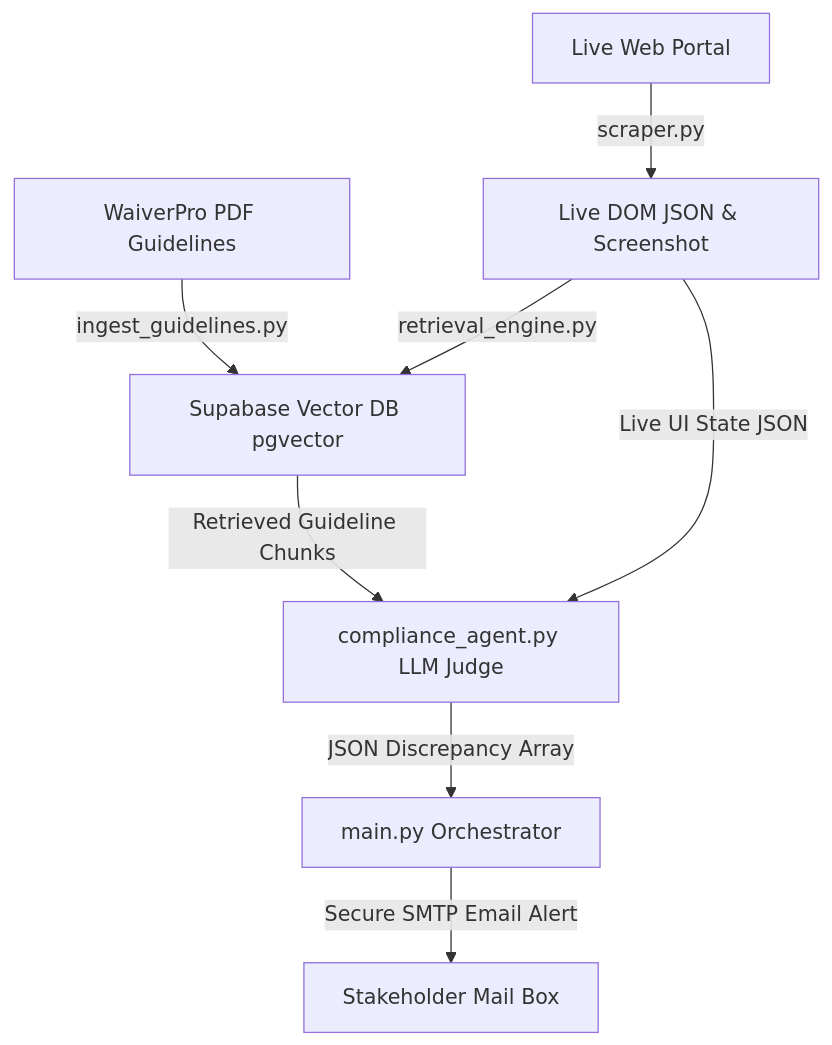
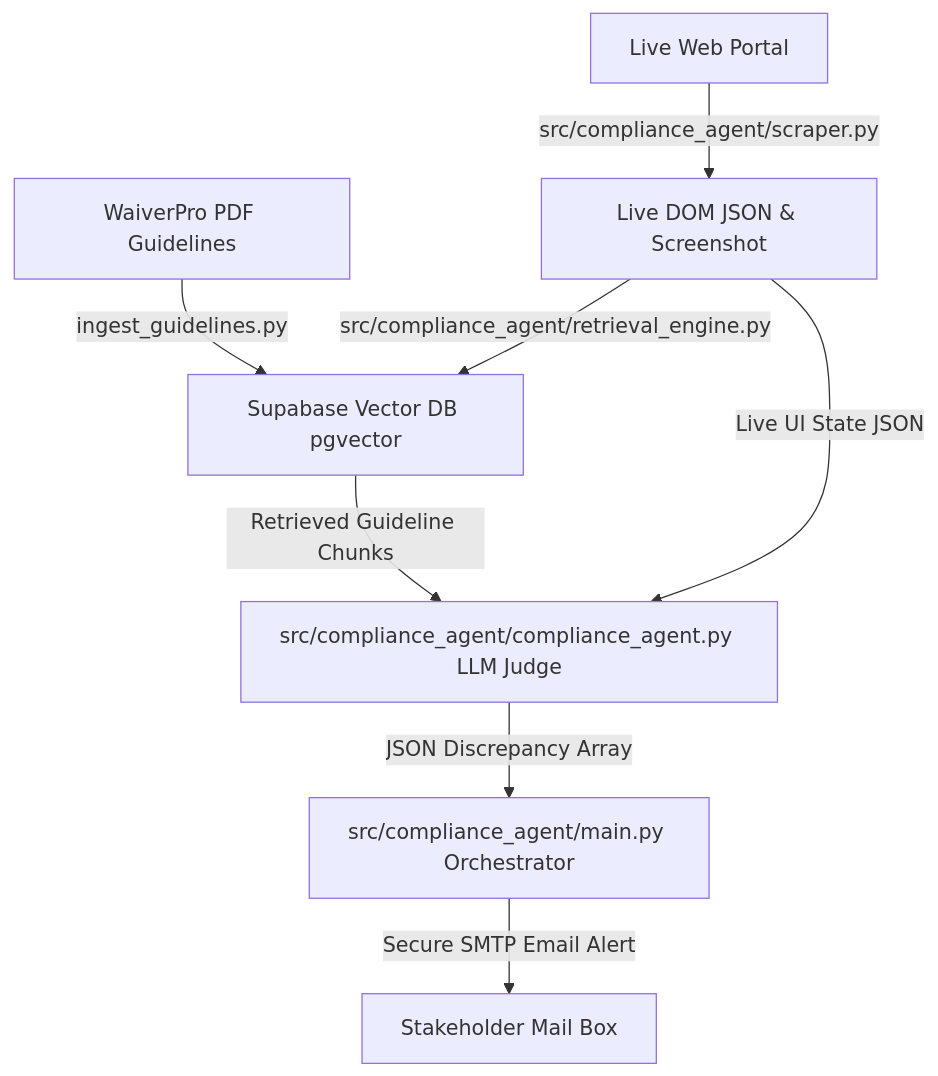
One commit to karnamvenkatachaitanya/Novulis changed the diagram in README.md. Above: the diagram before and after it, drawn with Mermaid. The commit also changed other lines of this file, not shown here.

````diff
--- a/README.md
+++ b/README.md
@@ -9,10 +9,10 @@
 ```mermaid
 graph TD
     pdf[WaiverPro PDF Guidelines] -->|ingest_guidelines.py| pg[Supabase Vector DB pgvector]
-    web[Live Web Portal] -->|scraper.py| state[Live DOM JSON & Screenshot]
-    state -->|retrieval_engine.py| pg
-    pg -->|Retrieved Guideline Chunks| agent[compliance_agent.py LLM Judge]
+    web[Live Web Portal] -->|src/compliance_agent/scraper.py| state[Live DOM JSON & Screenshot]
+    state -->|src/compliance_agent/retrieval_engine.py| pg
+    pg -->|Retrieved Guideline Chunks| agent[src/compliance_agent/compliance_agent.py LLM Judge]
     state -->|Live UI State JSON| agent
-    agent -->|JSON Discrepancy Array| main[main.py Orchestrator]
+    agent -->|JSON Discrepancy Array| main[src/compliance_agent/main.py Orchestrator]
     main -->|Secure SMTP Email Alert| email[Stakeholder Mail Box]
 ```
````
